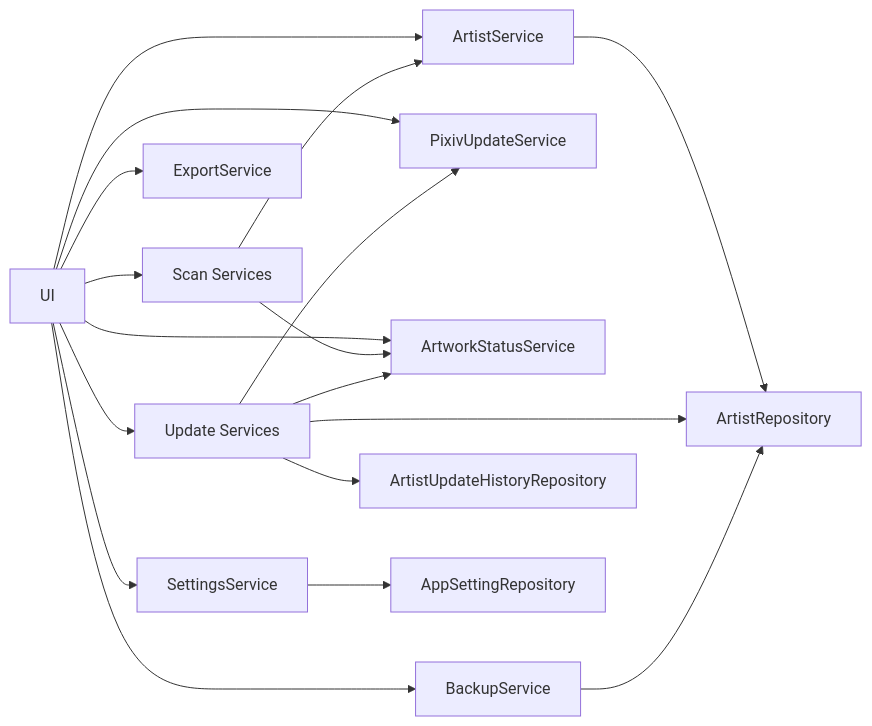
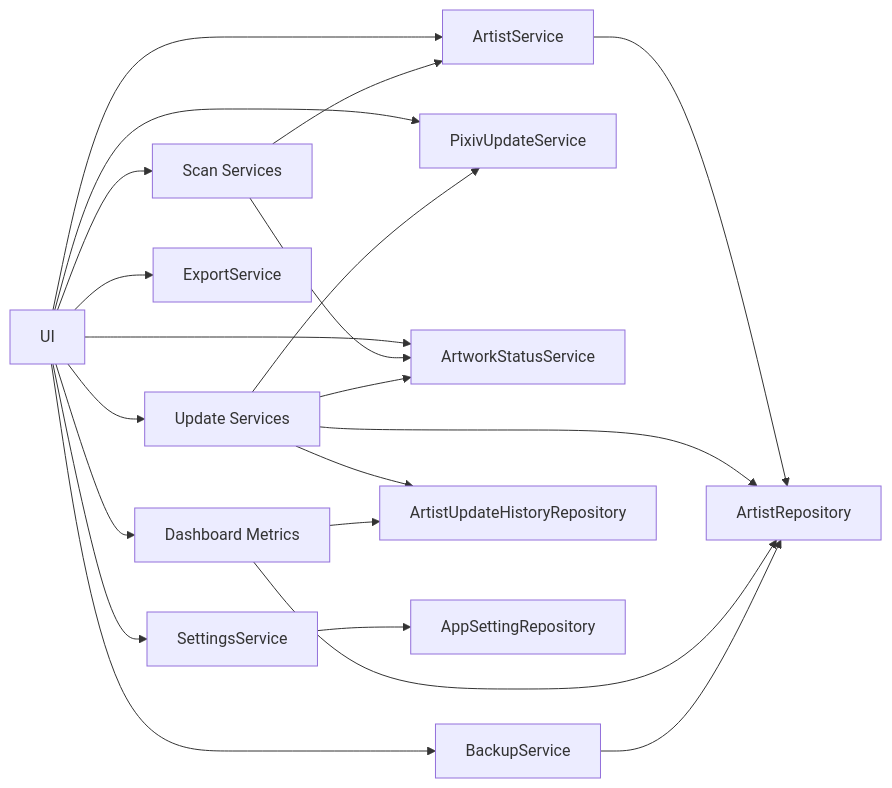
Before and after one commit to PKT0623/PixivLocalManager: the diagram in docs/08_SERVICES.md, drawn with Mermaid. The commit also changed other lines of this file and 10 other files, not shown here.

````diff
--- a/docs/08_SERVICES.md
+++ b/docs/08_SERVICES.md
@@ -83,28 +66,32 @@
 ```mermaid
 flowchart LR
 
 UI[UI]
 
 UI --> ARTIST[ArtistService]
 UI --> SCAN[Scan Services]
 UI --> UPDATE[Update Services]
+UI --> DASHBOARD[Dashboard Metrics]
 UI --> PIXIV[PixivUpdateService]
 UI --> STATUS[ArtworkStatusService]
 UI --> BACKUP[BackupService]
 UI --> EXPORT[ExportService]
 UI --> SETTINGS[SettingsService]
 
 ARTIST --> ARTIST_REPO[ArtistRepository]
 
 SCAN --> ARTIST
 SCAN --> STATUS
 
 UPDATE --> ARTIST_REPO
 UPDATE --> HISTORY_REPO[ArtistUpdateHistoryRepository]
 UPDATE --> STATUS
 UPDATE --> PIXIV
 
+DASHBOARD --> ARTIST_REPO
+DASHBOARD --> HISTORY_REPO
+
 BACKUP --> ARTIST_REPO
 
 SETTINGS --> SETTING_REPO[AppSettingRepository]
 ```
````
